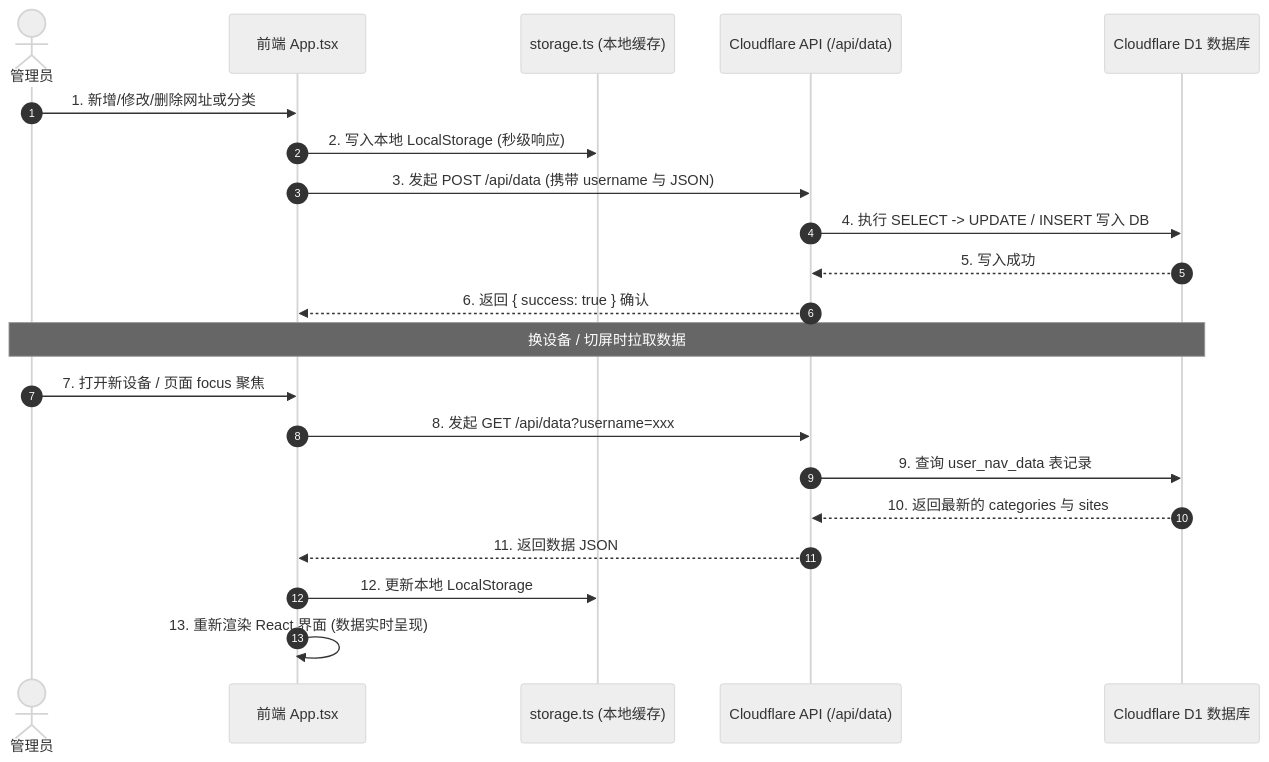
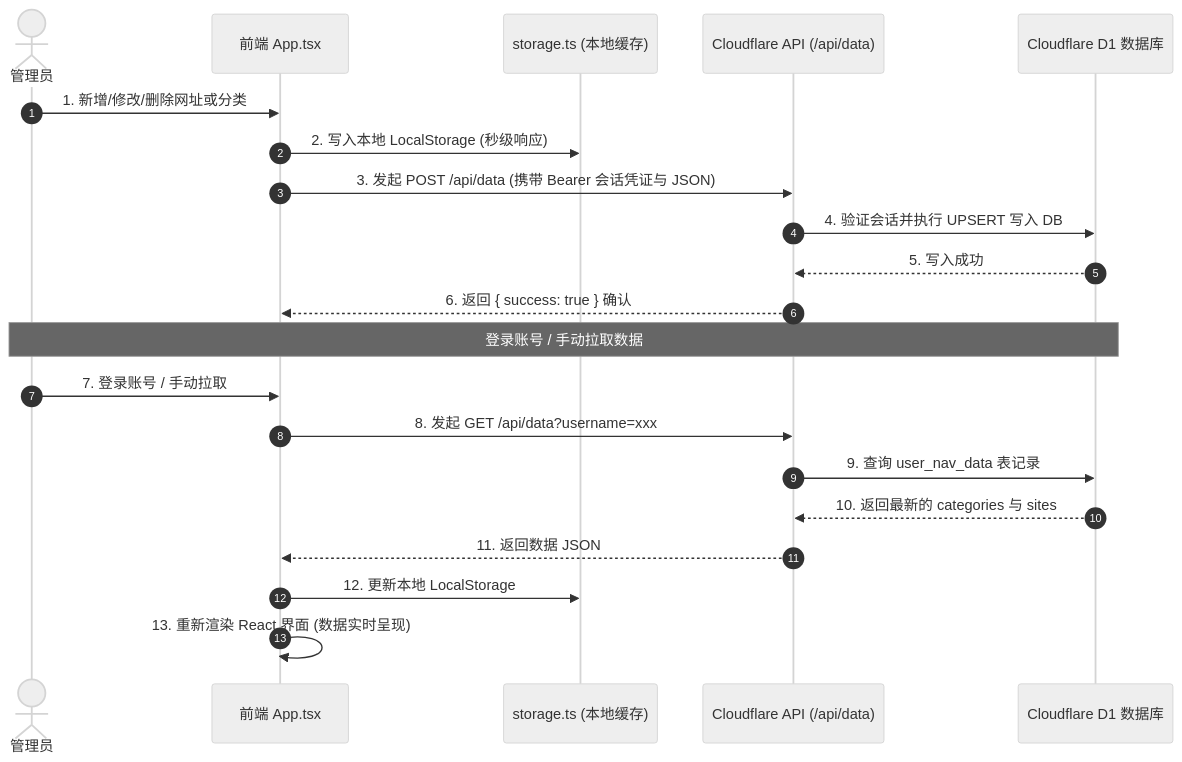
One commit to nianshu2022/ApexNav changed the second of 2 diagrams in ARCHITECTURE.md. Above: the diagram before and after it, drawn with Mermaid (neutral theme). The commit also changed other lines of this file and 30 other files, not shown here.

````diff
--- a/ARCHITECTURE.md
+++ b/ARCHITECTURE.md
@@ -44,25 +48,25 @@
 ```mermaid
 sequenceDiagram
     autonumber
     actor Admin as 管理员
     participant UI as 前端 App.tsx
     participant Store as storage.ts (本地缓存)
     participant Edge as Cloudflare API (/api/data)
     participant D1 as Cloudflare D1 数据库
 
     Admin->>UI: 1. 新增/修改/删除网址或分类
     UI->>Store: 2. 写入本地 LocalStorage (秒级响应)
-    UI->>Edge: 3. 发起 POST /api/data (携带 username 与 JSON)
-    Edge->>D1: 4. 执行 SELECT -> UPDATE / INSERT 写入 DB
+    UI->>Edge: 3. 发起 POST /api/data (携带 Bearer 会话凭证与 JSON)
+    Edge->>D1: 4. 验证会话并执行 UPSERT 写入 DB
     D1-->>Edge: 5. 写入成功
     Edge-->>UI: 6. 返回 { success: true } 确认
 
-    Note over Admin, D1: 换设备 / 切屏时拉取数据
-    Admin->>UI: 7. 打开新设备 / 页面 focus 聚焦
+    Note over Admin, D1: 登录账号 / 手动拉取数据
+    Admin->>UI: 7. 登录账号 / 手动拉取
     UI->>Edge: 8. 发起 GET /api/data?username=xxx
     Edge->>D1: 9. 查询 user_nav_data 表记录
     D1-->>Edge: 10. 返回最新的 categories 与 sites
     Edge-->>UI: 11. 返回数据 JSON
     UI->>Store: 12. 更新本地 LocalStorage
     UI->>UI: 13. 重新渲染 React 界面 (数据实时呈现)
 ```
````
